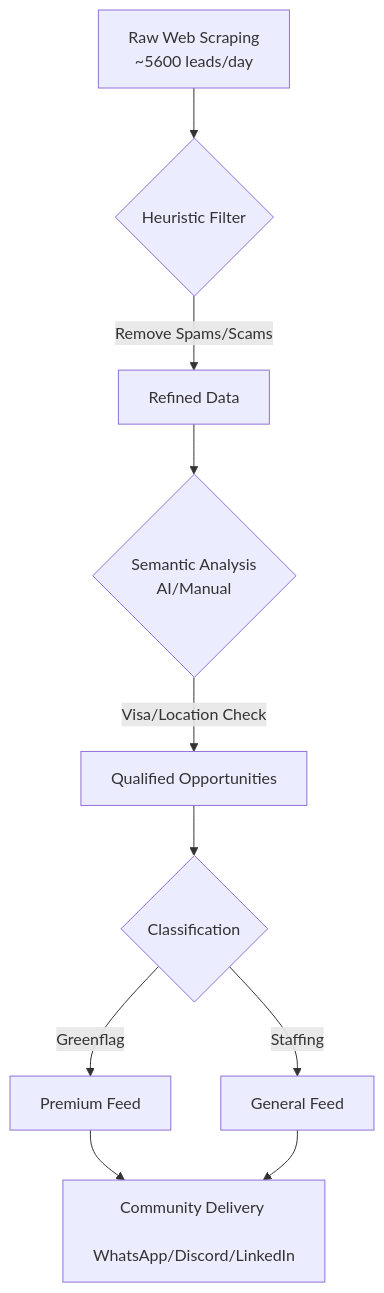
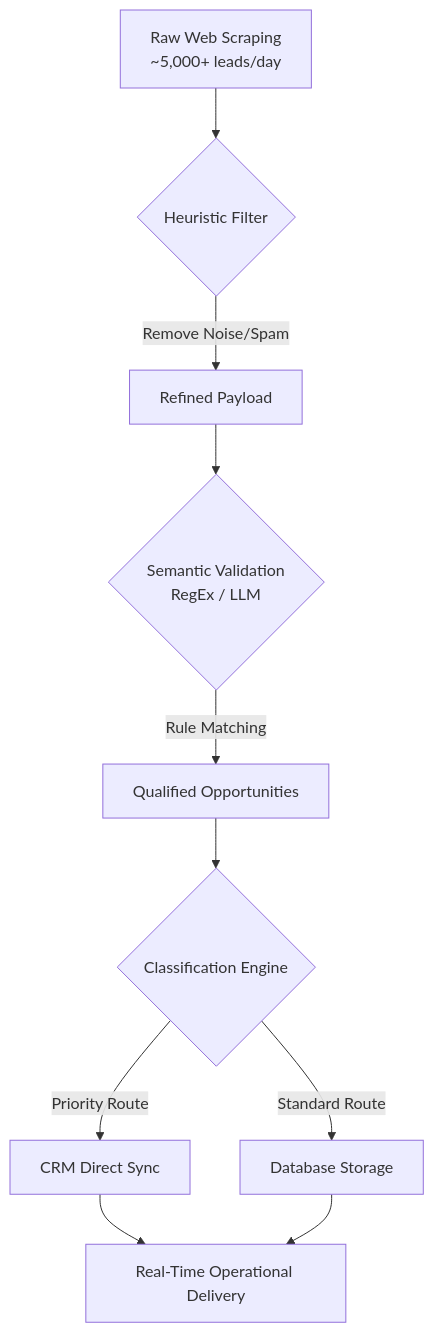
The diagram in README.md (tstryder/tstryder), drawn with Mermaid before and after one commit. The commit also changed other lines of this file, not shown here.

First line of the commit message:
docs: update profile README with Business Systems Engineer architecture

````diff
--- a/README.md
+++ b/README.md
@@ -49,12 +63,12 @@
 ```mermaid
 graph TD
-    A[Raw Web Scraping <br/> ~5600 leads/day] --> B{Heuristic Filter}
-    B -->|Remove Spams/Scams| C[Refined Data]
-    C --> D{Semantic Analysis <br/> AI/Manual}
-    D -->|Visa/Location Check| E[Qualified Opportunities]
-    E --> F{Classification}
-    F -->|Greenflag| G[Premium Feed]
-    F -->|Staffing| H[General Feed]
-    G --> I[Community Delivery <br/> WhatsApp/Discord/LinkedIn]
+    A[Raw Web Scraping <br/> ~5,000+ leads/day] --> B{Heuristic Filter}
+    B -->|Remove Noise/Spam| C[Refined Payload]
+    C --> D{Semantic Validation <br/> RegEx / LLM}
+    D -->|Rule Matching| E[Qualified Opportunities]
+    E --> F{Classification Engine}
+    F -->|Priority Route| G[CRM Direct Sync]
+    F -->|Standard Route| H[Database Storage]
+    G --> I[Real-Time Operational Delivery]
     H --> I
 ```
````
